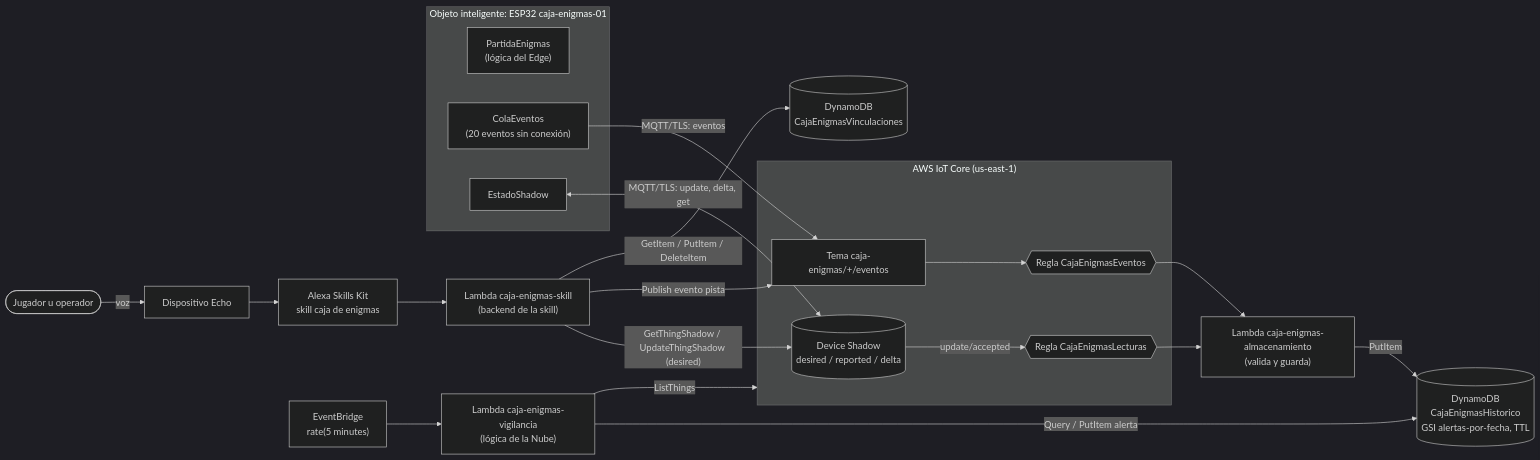
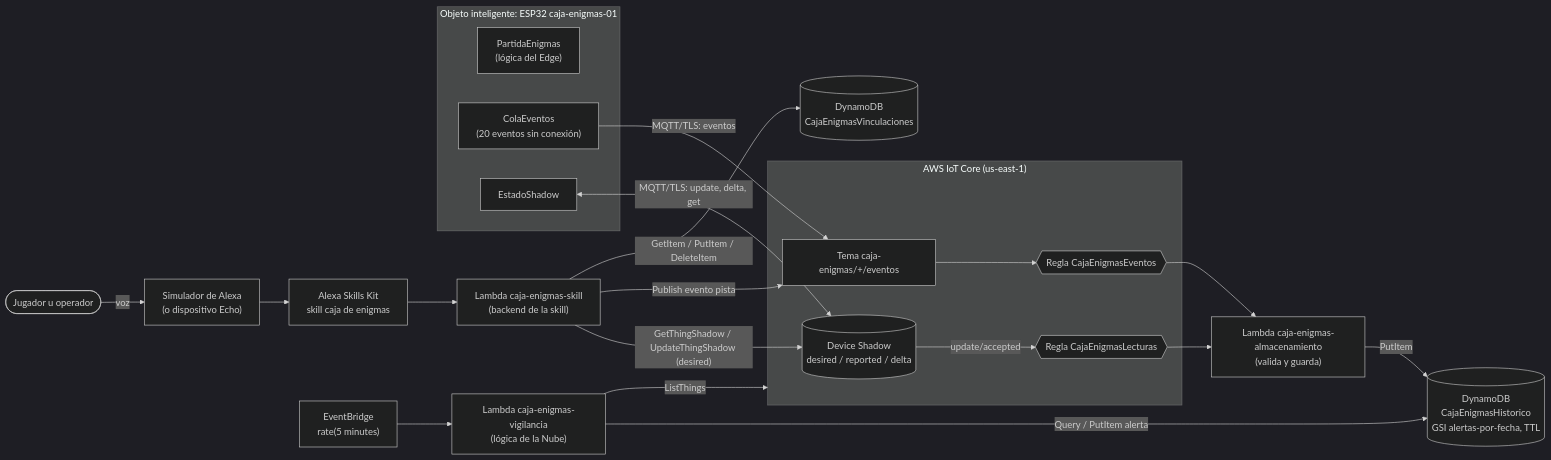
The second of 16 diagrams in INFORME_P4.md (JustAdrianMercado/Caja-De-Enigmas), drawn with Mermaid (dark theme) before and after one commit. The commit also changed other lines of this file and 8 other files, not shown here.

````diff
--- a/INFORME_P4.md
+++ b/INFORME_P4.md
@@ -150,35 +150,35 @@
 ```mermaid
 flowchart LR
-    U(["Jugador u operador"]) -- voz --> ECHO["Dispositivo Echo"]
+    U(["Jugador u operador"]) -- voz --> ECHO["Simulador de Alexa<br/>(o dispositivo Echo)"]
     ECHO --> ASK["Alexa Skills Kit<br/>skill caja de enigmas"]
     ASK --> LS["Lambda caja-enigmas-skill<br/>(backend de la skill)"]
 
     subgraph EDGE["Objeto inteligente: ESP32 caja-enigmas-01"]
         PE["PartidaEnigmas<br/>(lógica del Edge)"]
         COLA["ColaEventos<br/>(20 eventos sin conexión)"]
         ES["EstadoShadow"]
     end
 
     subgraph IOT["AWS IoT Core (us-east-1)"]
         SH[("Device Shadow<br/>desired / reported / delta")]
         TE["Tema caja-enigmas/+/eventos"]
         RL{{"Regla CajaEnigmasLecturas"}}
         RE{{"Regla CajaEnigmasEventos"}}
     end
 
     EB["EventBridge<br/>rate(5 minutes)"] --> LV["Lambda caja-enigmas-vigilancia<br/>(lógica de la Nube)"]
     LA["Lambda caja-enigmas-almacenamiento<br/>(valida y guarda)"]
     TV[("DynamoDB<br/>CajaEnigmasVinculaciones")]
     TH[("DynamoDB<br/>CajaEnigmasHistorico<br/>GSI alertas-por-fecha, TTL")]
 
     ES <-->|"MQTT/TLS: update, delta, get"| SH
     COLA -- "MQTT/TLS: eventos" --> TE
     LS -- "GetThingShadow / UpdateThingShadow (desired)" --> SH
     LS -- "Publish evento pista" --> TE
     LS -- "GetItem / PutItem / DeleteItem" --> TV
     SH -- "update/accepted" --> RL --> LA
     TE --> RE --> LA
     LA -- PutItem --> TH
     LV -- "ListThings" --> IOT
     LV -- "Query / PutItem alerta" --> TH
 ```
````
